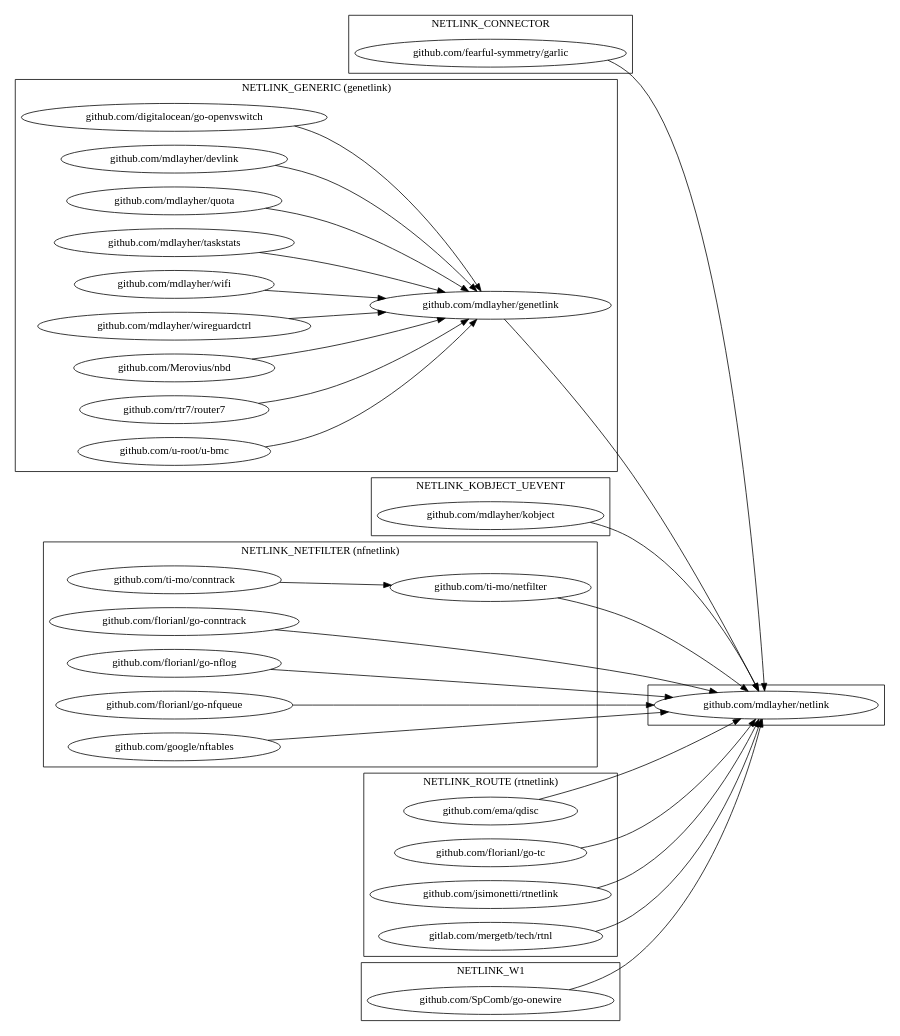
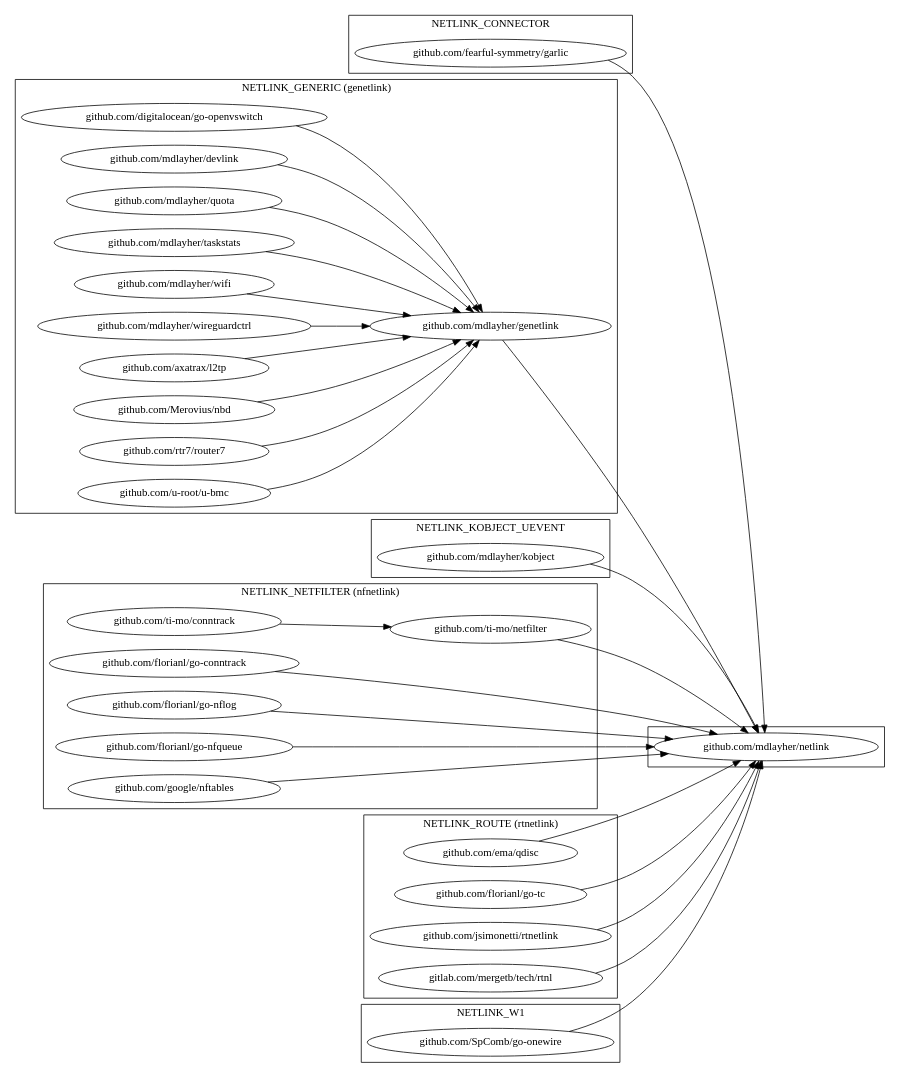
The diagram in netlink.dot (mdlayher/netlink), drawn with Graphviz before and after one commit.

Commit message:
add l2tp to netlink graph

```diff
--- a/netlink.dot
+++ b/netlink.dot
@@ -1,76 +1,77 @@
 digraph {
     rankdir = LR
 
     subgraph cluster_netlink {
         "github.com/mdlayher/netlink" [URL="https://github.com/mdlayher/netlink"]
     }
 
     subgraph cluster_connector {
         label = "NETLINK_CONNECTOR";
 
         {
             "github.com/fearful-symmetry/garlic" [URL="https://github.com/fearful-symmetry/garlic"]
         } -> "github.com/mdlayher/netlink"
     }
 
     subgraph cluster_generic {
         label = "NETLINK_GENERIC (genetlink)";
         "github.com/mdlayher/genetlink" [URL="https://github.com/mdlayher/genetlink"]
         "github.com/mdlayher/genetlink" -> "github.com/mdlayher/netlink"
 
         {   
             "github.com/digitalocean/go-openvswitch" [URL="https://github.com/digitalocean/go-openvswitch"]
             "github.com/mdlayher/devlink" [URL="https://github.com/mdlayher/devlink"]
             "github.com/mdlayher/quota" [URL="https://github.com/mdlayher/quota"]
             "github.com/mdlayher/taskstats" [URL="https://github.com/mdlayher/taskstats"]
             "github.com/mdlayher/wifi" [URL="https://github.com/mdlayher/wifi"]
             "github.com/mdlayher/wireguardctrl" [URL="https://github.com/mdlayher/wireguardctrl"]
+            "github.com/axatrax/l2tp" [URL="https://github.com/axatrax/l2tp"]
             "github.com/Merovius/nbd" [URL="https://github.com/Merovius/nbd"]
             "github.com/rtr7/router7" [URL="https://github.com/rtr7/router7"]
             "github.com/u-root/u-bmc" [URL="https://github.com/u-root/u-bmc"]
         } -> "github.com/mdlayher/genetlink" 
     }
 
     subgraph cluster_kobject_uevent {
         label = "NETLINK_KOBJECT_UEVENT";
 
         {
             "github.com/mdlayher/kobject" [URL="https://github.com/mdlayher/kobject"]
         } -> "github.com/mdlayher/netlink"
     }
 
     subgraph cluster_netfilter {
         label = "NETLINK_NETFILTER (nfnetlink)";
 
         {
             "github.com/florianl/go-conntrack" [URL="https://github.com/florianl/go-conntrack"]
             "github.com/florianl/go-nflog" [URL="https://github.com/florianl/go-nflog"]
             "github.com/florianl/go-nfqueue" [URL="https://github.com/florianl/go-nfqueue"]
             "github.com/google/nftables" [URL="https://github.com/google/nftables"]
             "github.com/ti-mo/netfilter" [URL="https://github.com/ti-mo/netfilter"]
         } -> "github.com/mdlayher/netlink"
 
         {
             "github.com/ti-mo/conntrack"  [URL="https://github.com/ti-mo/conntrack"]
         } -> "github.com/ti-mo/netfilter"
     }
 
     subgraph cluster_route {
         label = "NETLINK_ROUTE (rtnetlink)";
 
         {
             "github.com/ema/qdisc" [URL="https://github.com/ema/qdisc"]
             "github.com/florianl/go-tc" [URL="https://github.com/florianl/go-tc"]
             "github.com/jsimonetti/rtnetlink" [URL="https://github.com/jsimonetti/rtnetlink"]
             "gitlab.com/mergetb/tech/rtnl" [URL="https://gitlab.com/mergetb/tech/rtnl"]
         } -> "github.com/mdlayher/netlink"
     }
 
     subgraph cluster_w1 {
         label = "NETLINK_W1";
 
         {
             "github.com/SpComb/go-onewire" [URL="https://github.com/SpComb/go-onewire"]
         } -> "github.com/mdlayher/netlink"
     }
 }
```
